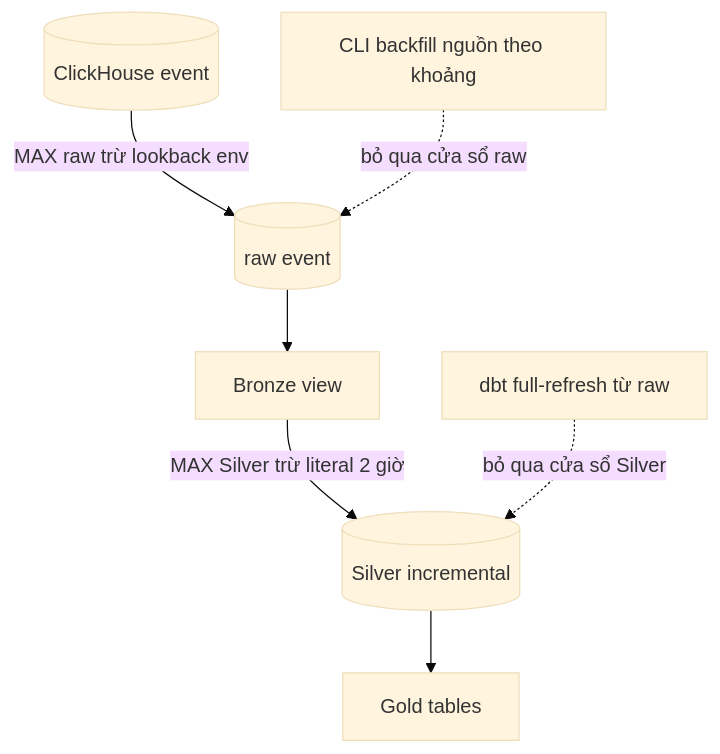
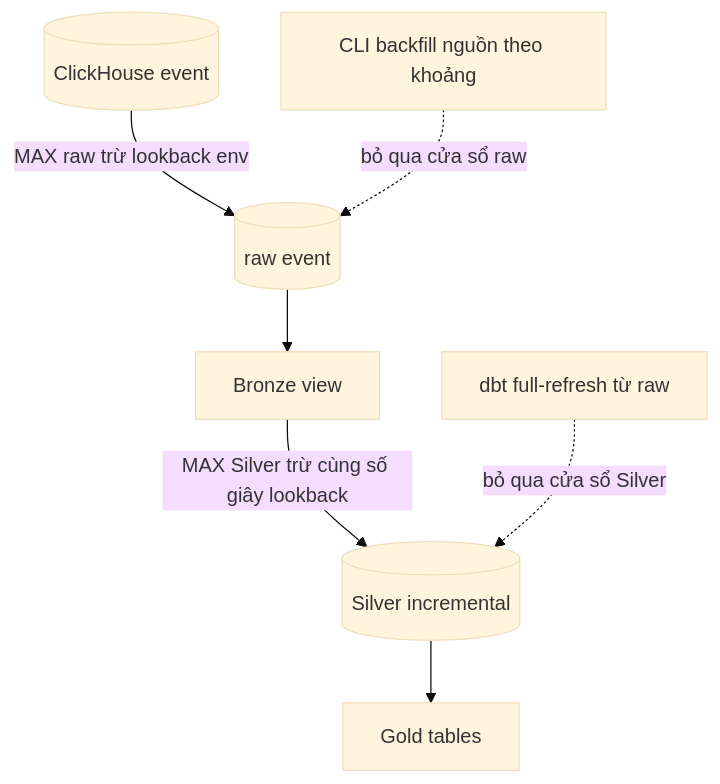
The eighth of 13 diagrams in docs/architecture/data_flow.md (PhucTruong11/laplaptech_pipeline), drawn with Mermaid (base theme) before and after one commit. The commit also changed other lines of this file and 10 other files, not shown here.

````diff
--- a/docs/architecture/data_flow.md
+++ b/docs/architecture/data_flow.md
@@ -258,10 +258,10 @@
 ```mermaid
 flowchart TB
     CH[("ClickHouse event")]
     CH -->|"MAX raw trừ lookback env"| RAW[("raw event")]
     RAW --> BR["Bronze view"]
-    BR -->|"MAX Silver trừ literal 2 giờ"| SIL[("Silver incremental")]
+    BR -->|"MAX Silver trừ cùng số giây lookback"| SIL[("Silver incremental")]
     SIL --> GOLD["Gold tables"]
     BF["CLI backfill nguồn theo khoảng"] -. "bỏ qua cửa sổ raw" .-> RAW
     FULL["dbt full-refresh từ raw"] -. "bỏ qua cửa sổ Silver" .-> SIL
 ```
````
